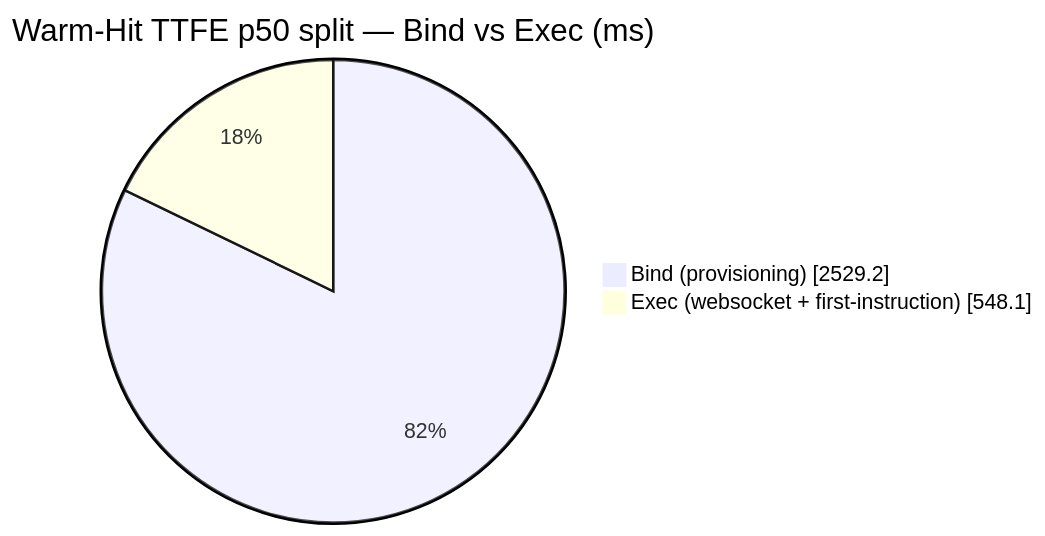
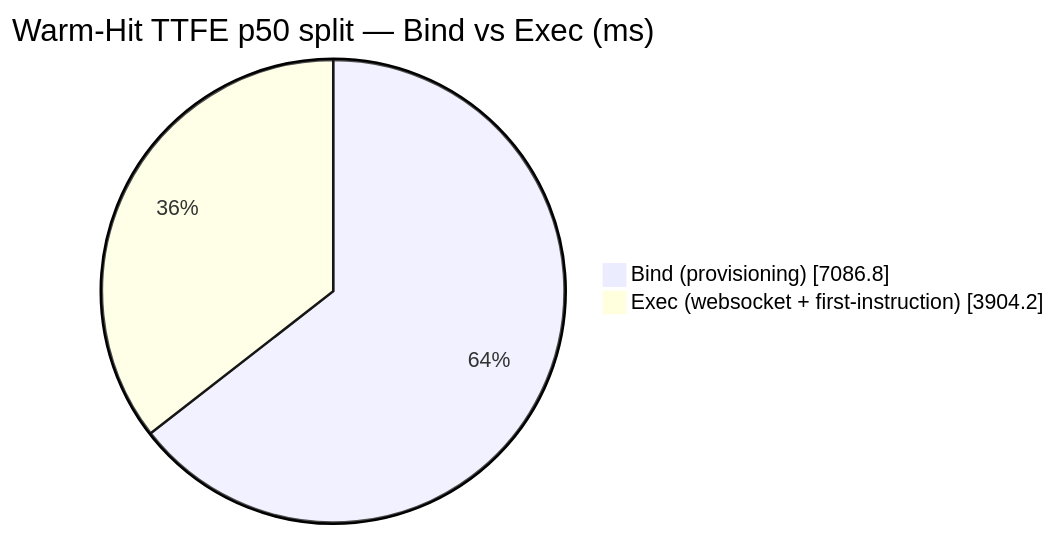
The diagram in DETAILS.md (AlexBulankou/honest-bench), drawn with Mermaid before and after one commit. The commit also changed other lines of this file and 4 other files, not shown here.

````diff
--- a/DETAILS.md
+++ b/DETAILS.md
@@ -86,6 +87,6 @@
 ```mermaid
 pie showData
     title Warm-Hit TTFE p50 split — Bind vs Exec (ms)
-    "Bind (provisioning)" : 2529.2
-    "Exec (websocket + first-instruction)" : 548.1
+    "Bind (provisioning)" : 7086.8
+    "Exec (websocket + first-instruction)" : 3904.2
 ```
````
